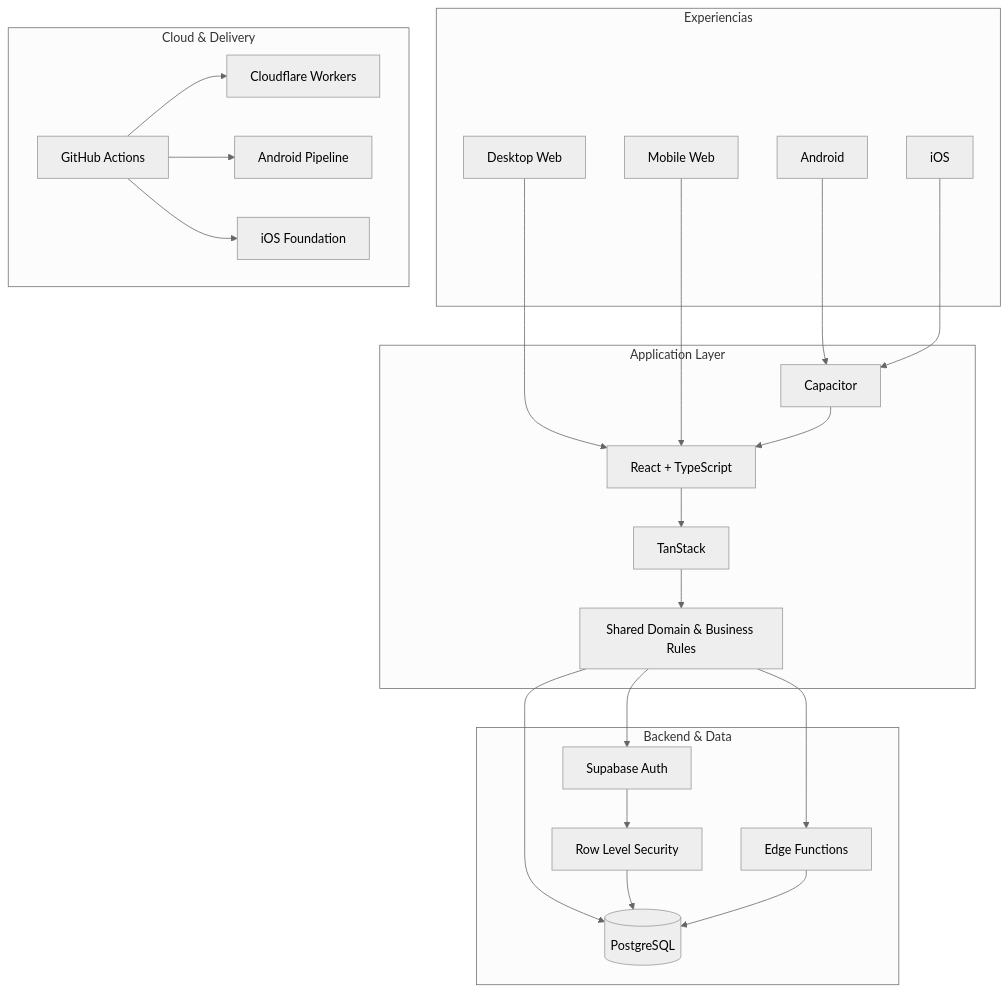
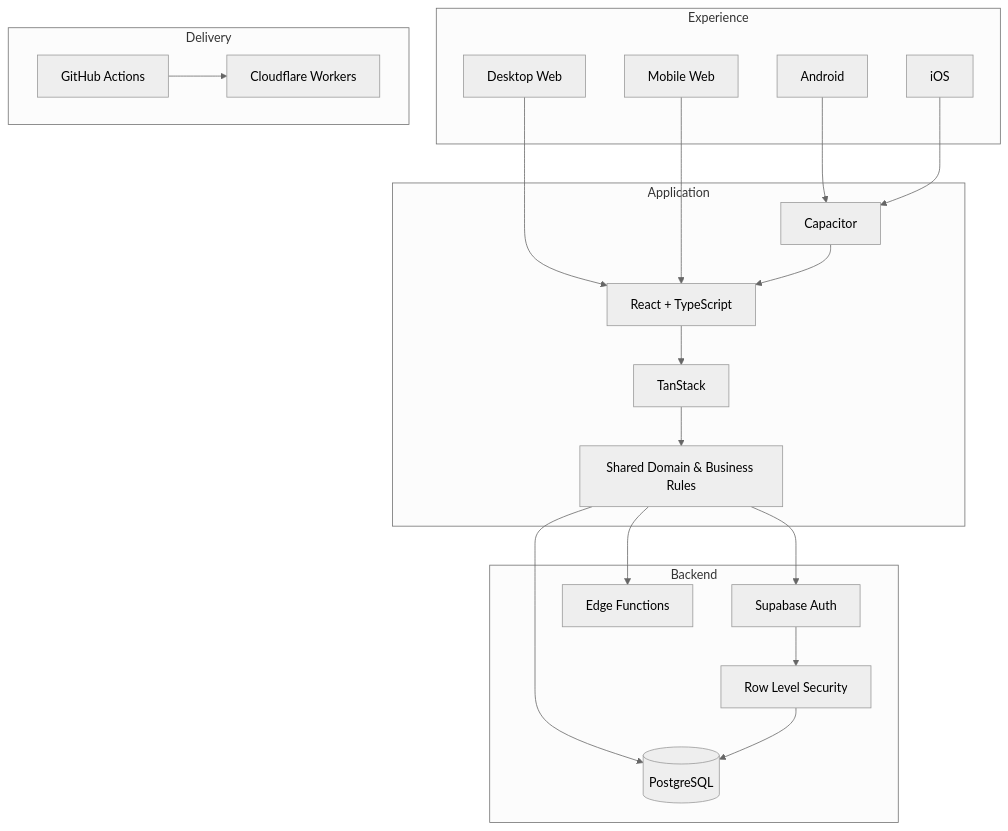
One commit to Inosuke-Company/Inosuke-Company changed the diagram in README.es.md. Above: the diagram before and after it, drawn with Mermaid (neutral theme). The commit also changed other lines of this file, not shown here.

````diff
--- a/README.es.md
+++ b/README.es.md
@@ -55,43 +71,36 @@
 ```mermaid
 flowchart TB
-    subgraph Experience[Experiencias]
+    subgraph Experience
         WEB[Desktop Web]
         MOBILE[Mobile Web]
         ANDROID[Android]
         IOS[iOS]
     end
-    subgraph Application[Application Layer]
+    subgraph Application
         REACT[React + TypeScript]
-        ROUTER[TanStack]
+        TANSTACK[TanStack]
         DOMAIN[Shared Domain & Business Rules]
         CAP[Capacitor]
     end
-    subgraph Data[Backend & Data]
+    subgraph Backend
         AUTH[Supabase Auth]
         EDGE[Edge Functions]
         RLS[Row Level Security]
         DB[(PostgreSQL)]
     end
-    subgraph Delivery[Cloud & Delivery]
+    subgraph Delivery
         CF[Cloudflare Workers]
         GH[GitHub Actions]
-        APK[Android Pipeline]
-        IOSPIPE[iOS Foundation]
     end
     WEB --> REACT
     MOBILE --> REACT
     ANDROID --> CAP
     IOS --> CAP
     CAP --> REACT
-    REACT --> ROUTER
-    ROUTER --> DOMAIN
+    REACT --> TANSTACK --> DOMAIN
     DOMAIN --> AUTH
     DOMAIN --> EDGE
     DOMAIN --> DB
-    AUTH --> RLS
-    RLS --> DB
-    EDGE --> DB
+    AUTH --> RLS --> DB
     GH --> CF
-    GH --> APK
-    GH --> IOSPIPE
 ```
````
